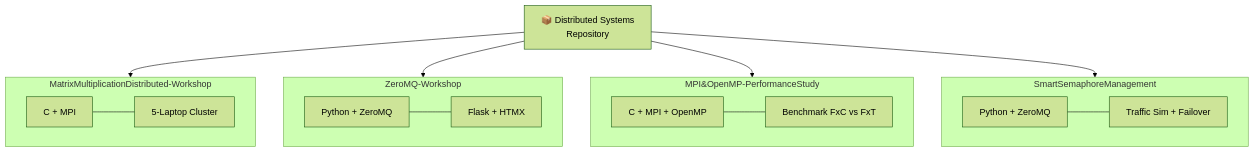
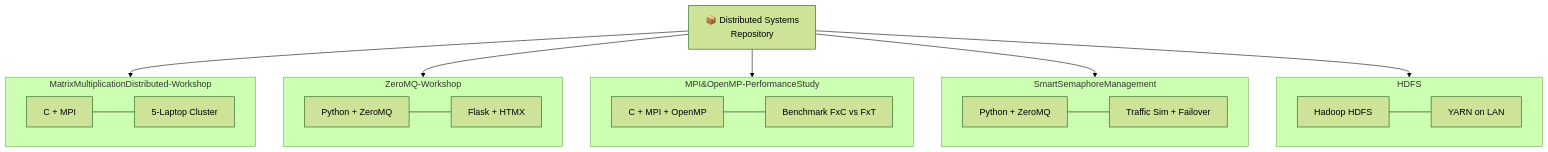
Before and after one commit to CarefreeHarp/DistributedSystems: the first of 6 diagrams in README.md, drawn with Mermaid (forest theme). The commit also changed other lines of this file and 2 other files, not shown here.

Commit message:
HDFS Cluster

````diff
--- a/README.md
+++ b/README.md
@@ -14,37 +14,45 @@
 ```mermaid
 graph TB
     Repo["📦 Distributed Systems\nRepository"]
 
     subgraph P1["MatrixMultiplicationDistributed-Workshop"]
         direction LR
         MPI1["C + MPI"]
         Cluster1["5-Laptop Cluster"]
         MPI1 --- Cluster1
     end
 
     subgraph P2["ZeroMQ-Workshop"]
         direction LR
         ZMQ["Python + ZeroMQ"]
         Flask["Flask + HTMX"]
         ZMQ --- Flask
     end
 
     subgraph P3["MPI&OpenMP-PerformanceStudy"]
         direction LR
         Hybrid["C + MPI + OpenMP"]
         Bench["Benchmark FxC vs FxT"]
         Hybrid --- Bench
     end
 
     subgraph P4["SmartSemaphoreManagement"]
         direction LR
         ZMQ2["Python + ZeroMQ"]
         Traffic["Traffic Sim + Failover"]
         ZMQ2 --- Traffic
     end
 
+    subgraph P5["HDFS"]
+        direction LR
+        Hadoop["Hadoop HDFS"]
+        Yarn["YARN on LAN"]
+        Hadoop --- Yarn
+    end
+
     Repo --> P1
     Repo --> P2
     Repo --> P3
     Repo --> P4
+    Repo --> P5
 ```
````
